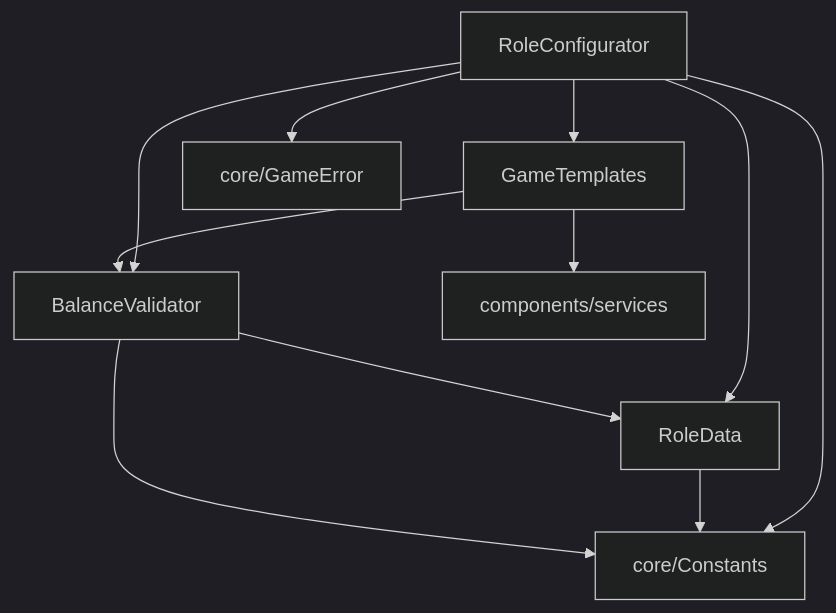
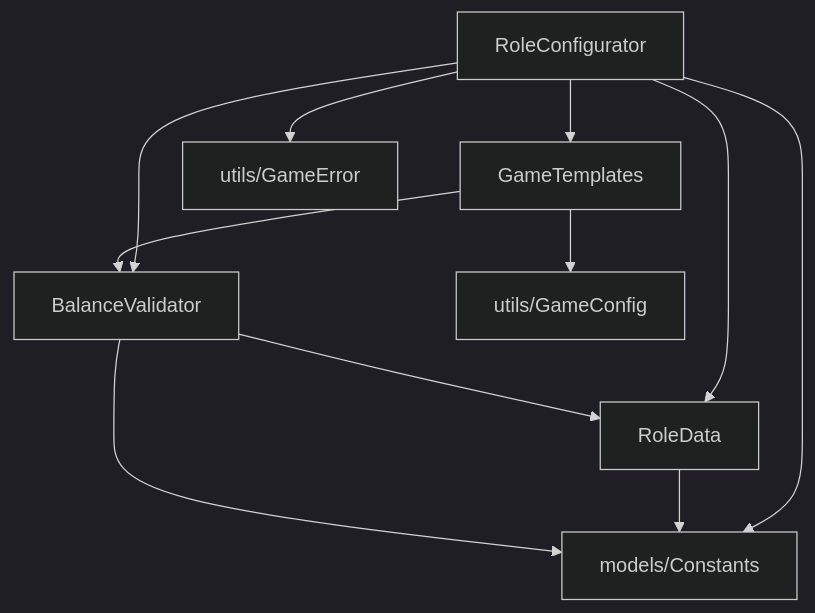
Before and after one commit to xingyu42/werewolf-plugin: the diagram in utils/configurators/FOLDER_INDEX.md, drawn with Mermaid (dark theme). The commit also changed other lines of this file and 19 other files, not shown here.

````diff
--- a/utils/configurators/FOLDER_INDEX.md
+++ b/utils/configurators/FOLDER_INDEX.md
@@ -113,16 +127,16 @@
 ```mermaid
 graph TB
     RoleConfigurator --> GameTemplates
     RoleConfigurator --> RoleData
     RoleConfigurator --> BalanceValidator
-    RoleConfigurator --> Constants["core/Constants"]
-    RoleConfigurator --> GameError["core/GameError"]
+    RoleConfigurator --> Constants["models/Constants"]
+    RoleConfigurator --> GameError["utils/GameError"]
 
-    GameTemplates --> services["components/services"]
+    GameTemplates --> GameConfig["utils/GameConfig"]
     GameTemplates --> BalanceValidator
 
     RoleData --> Constants
 
     BalanceValidator --> RoleData
     BalanceValidator --> Constants
 ```
````
